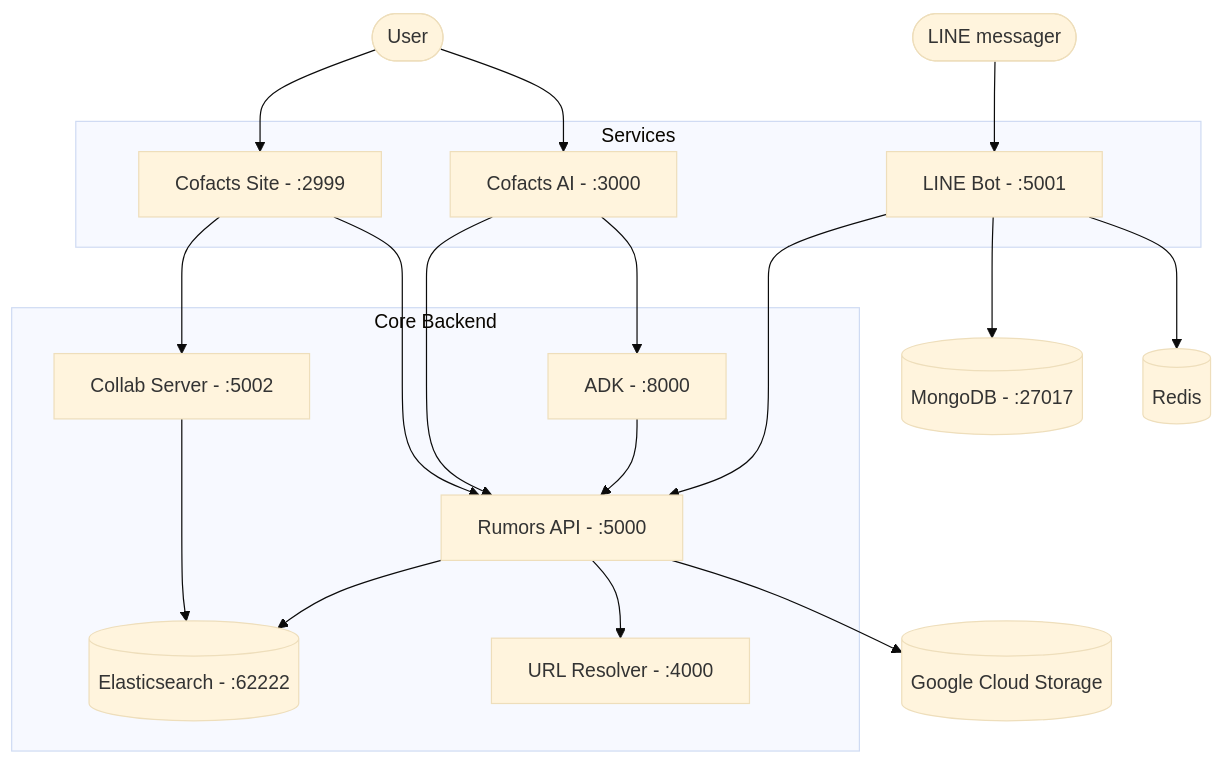
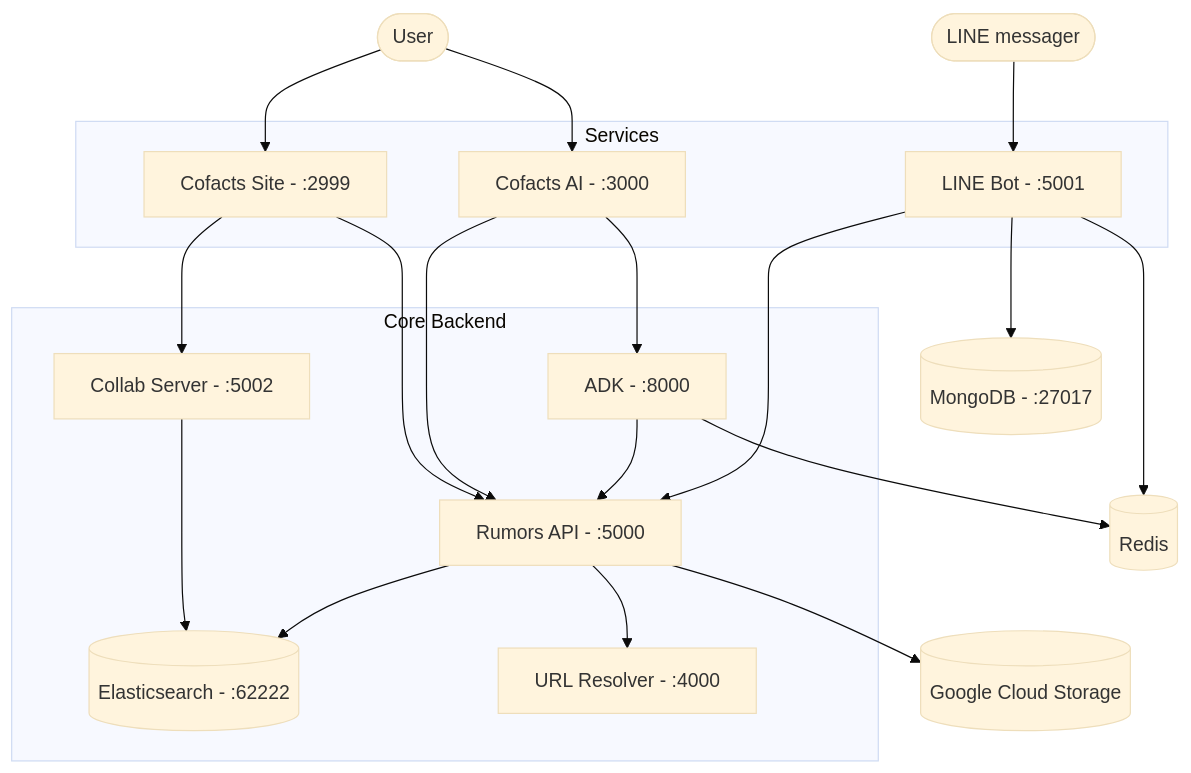
The diagram in README.md (cofacts/rumors-deploy), drawn with Mermaid (base theme) before and after one commit. The commit also changed 2 other files, not shown here.

Commit message:
adk: add REDIS_URL for background runs
cofacts/ai#197 keeps a chat turn running after the browser tab closes, with
a Redis Stream as the run registry. ADK reaches the existing `redis` service
(shared with rumors-line-bot) on the default network; its keys are prefixed
`cofacts-ai:` and all expire. Empty REDIS_URL keeps background runs off.

Claude-Session: https://claude.ai/code/session_01SxRva1swoii8Un9JtdiEJP

````diff
--- a/README.md
+++ b/README.md
@@ -16,44 +16,45 @@
 ```mermaid
 graph TD
     User([User])
     BotUser([LINE messager])
 
     subgraph UI ["Services"]
         site[Cofacts Site - :2999]
         site_ai[Cofacts AI - :3000]
         bot[LINE Bot - :5001]
     end
 
     subgraph Backend ["Core Backend"]
         collab[Collab Server - :5002]
         adk[ADK - :8000]
         api[Rumors API - :5000]
         db[(Elasticsearch - :62222)]
         url[URL Resolver - :4000]
     end
 
     mongo[(MongoDB - :27017)]
     redis[(Redis)]
     gcs[(Google Cloud Storage)]
 
     User --> site
     User --> site_ai
     BotUser --> bot
 
     site --> collab
     site --> api
     site_ai --> api
     site_ai --> adk
 
     adk --> api
+    adk --> redis
 
     bot --> api
     bot --> redis
     bot --> mongo
 
     collab --> db
 
     api --> url
     api --> db
     api --> gcs
 ```
````
